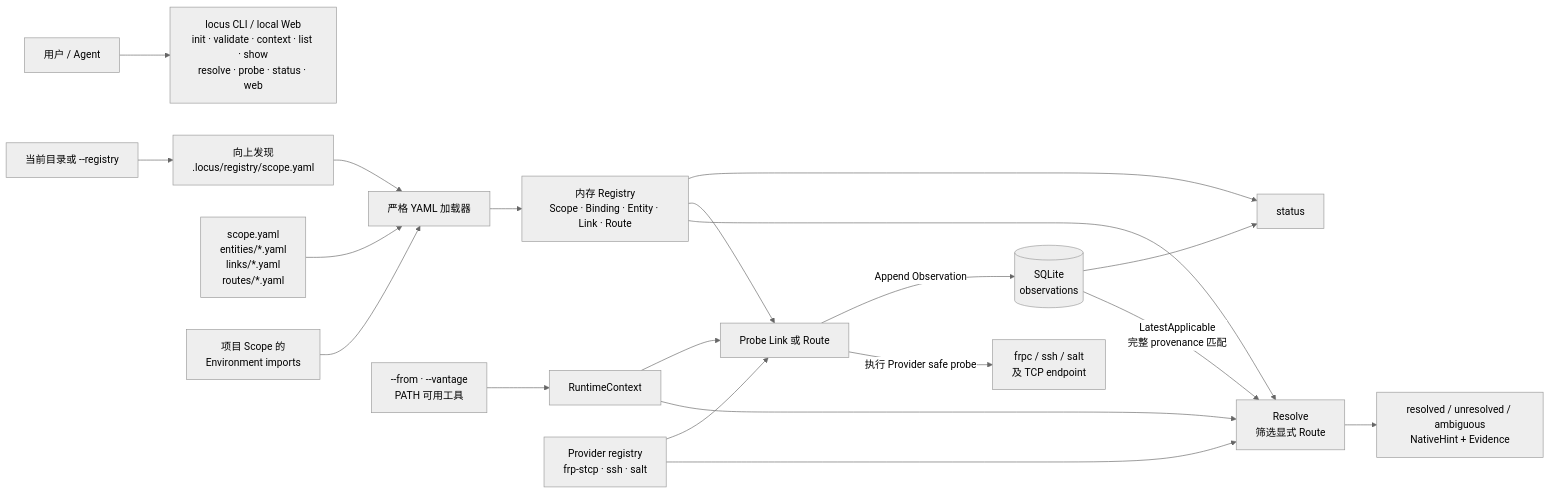
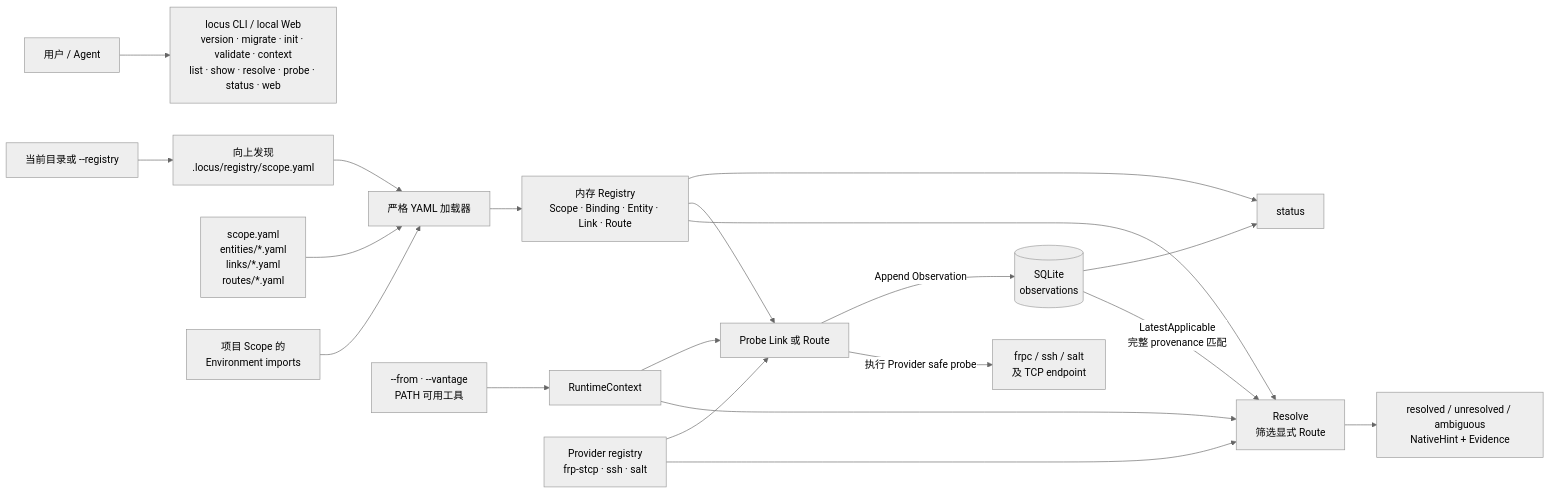
One commit to SWdrift/locus-link changed the first of 2 diagrams in documents/current-architecture.md. Above: the diagram before and after it, drawn with Mermaid (neutral theme). The commit also changed other lines of this file and 23 other files, not shown here.

````diff
--- a/documents/current-architecture.md
+++ b/documents/current-architecture.md
@@ -9,25 +9,25 @@
 ```mermaid
 flowchart LR
-    User["用户 / Agent"] --> CLI["locus CLI / local Web<br/>init · validate · context · list · show<br/>resolve · probe · status · web"]
+    User["用户 / Agent"] --> CLI["locus CLI / local Web<br/>version · migrate · init · validate · context<br/>list · show · resolve · probe · status · web"]
 
     CWD["当前目录或 --registry"] --> Discover["向上发现<br/>.locus/registry/scope.yaml"]
     Discover --> Loader["严格 YAML 加载器"]
     YAML["scope.yaml<br/>entities/*.yaml<br/>links/*.yaml<br/>routes/*.yaml"] --> Loader
     Imports["项目 Scope 的<br/>Environment imports"] --> Loader
     Loader --> Registry["内存 Registry<br/>Scope · Binding · Entity · Link · Route"]
 
     Flags["--from · --vantage<br/>PATH 可用工具"] --> Runtime["RuntimeContext"]
     Registry --> Resolve["Resolve<br/>筛选显式 Route"]
     Runtime --> Resolve
     Providers["Provider registry<br/>frp-stcp · ssh · salt"] --> Resolve
     SQLite[("SQLite<br/>observations")] -->|"LatestApplicable<br/>完整 provenance 匹配"| Resolve
     Resolve --> Result["resolved / unresolved / ambiguous<br/>NativeHint + Evidence"]
 
     Registry --> Probe["Probe Link 或 Route"]
     Runtime --> Probe
     Providers --> Probe
     Probe -->|"执行 Provider safe probe"| Tools["frpc / ssh / salt<br/>及 TCP endpoint"]
     Probe -->|"Append Observation"| SQLite
     SQLite --> Status["status"]
     Registry --> Status
 ```
````
